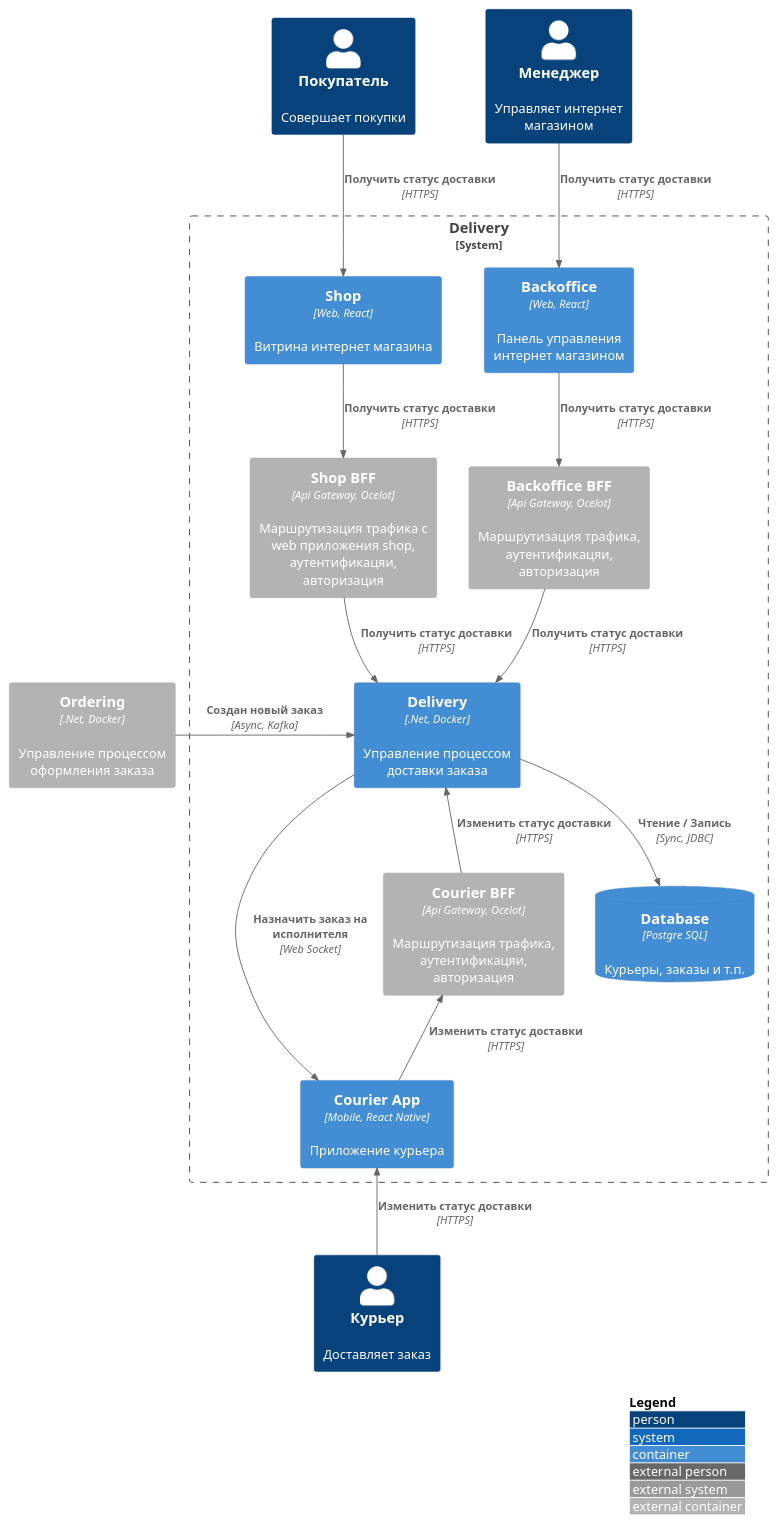
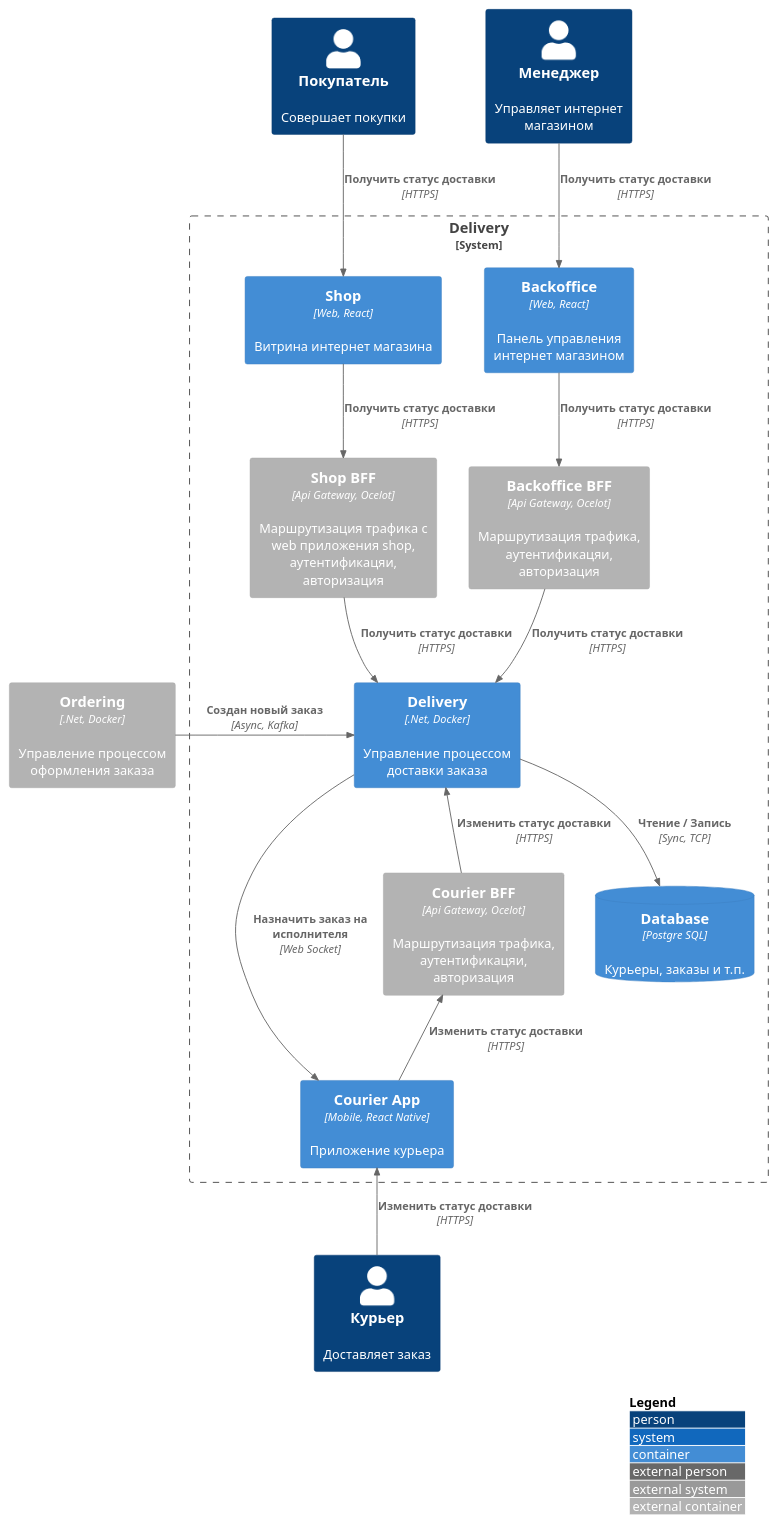
The first of 2 diagrams in services/delivery/README.md (gerzhan/knigaexpert-system-design), drawn with PlantUML before and after one commit. The commit also changed 6 other files, not shown here.

````diff
--- a/services/delivery/README.md
+++ b/services/delivery/README.md
@@ -9,45 +9,45 @@
 ```plantuml
 !include https://raw.githubusercontent.com/plantuml-stdlib/C4-PlantUML/master/C4_Container.puml
 
 skinparam wrapWidth 200
 skinparam maxMessageSize 200
 
 LAYOUT_TOP_DOWN()
 LAYOUT_WITH_LEGEND()
 
 Person(customer, Покупатель, "Совершает покупки")
 Person(manager, Менеджер, "Управляет интернет магазином")
 Person(courier, Курьер, "Доставляет заказ")
 
 Container_Ext(ordering, "Ordering", ".Net, Docker", "Управление процессом оформления заказа")
 
 
 System_Boundary(boundary, "Delivery") {
 ' Shop
 Container(shop_app, "Shop", "Web, React", "Витрина интернет магазина")
 Container_Ext(shop_bff, "Shop BFF", "Api Gateway, Ocelot", "Маршрутизация трафика c web приложения shop, аутентификацяи, авторизация")
 Rel(shop_app, shop_bff, "Получить статус доставки", "HTTPS")
 Rel(customer, shop_app, "Получить статус доставки", "HTTPS")
 
 ' Backoffice
 Container(backoffice_app, "Backoffice", "Web, React", "Панель управления интернет магазином")  
 Container_Ext(backoffice_bff, "Backoffice BFF", "Api Gateway, Ocelot", "Маршрутизация трафика, аутентификацяи, авторизация")
 Rel(backoffice_app, backoffice_bff, "Получить статус доставки", "HTTPS")
 Rel(manager, backoffice_app, "Получить статус доставки", "HTTPS")
 
 ' Сourier App
 Container(courier_app, "Courier App", "Mobile, React Native", "Приложение курьера")  
 Container_Ext(courier_bff, "Courier BFF", "Api Gateway, Ocelot", "Маршрутизация трафика, аутентификацяи, авторизация")
 Rel_U(courier_app, courier_bff, "Изменить статус доставки", "HTTPS")
 Rel_U(courier, courier_app, "Изменить статус доставки", "HTTPS")
 
 Container(delivery, "Delivery", ".Net, Docker", "Управление процессом доставки заказа")
 ContainerDb(delivery_db, "Database", "Postgre SQL", "Курьеры, заказы и т.п.")
-Rel(delivery, delivery_db, "Чтение / Запись", "Sync, JDBC")
+Rel(delivery, delivery_db, "Чтение / Запись", "Sync, TCP")
 Rel_R(ordering, delivery, "Cоздан новый заказ", "Async, Kafka")
 Rel(backoffice_bff, delivery, "Получить статус доставки", "HTTPS")
 Rel(shop_bff, delivery, "Получить статус доставки", "HTTPS")
 Rel(delivery, courier_app, "Назначить заказ на исполнителя", "Web Socket")
 Rel_U(courier_bff, delivery, "Изменить статус доставки", "HTTPS")
 }
 ```
````
